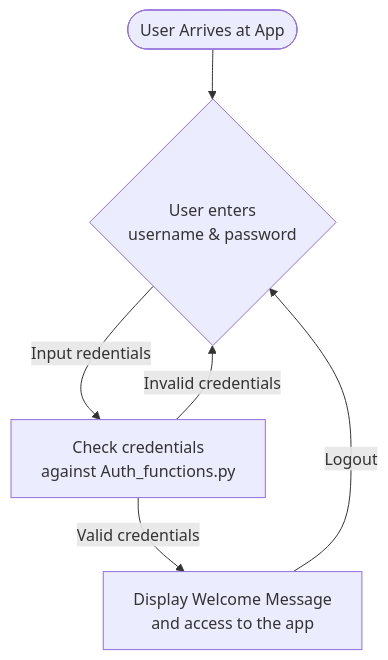
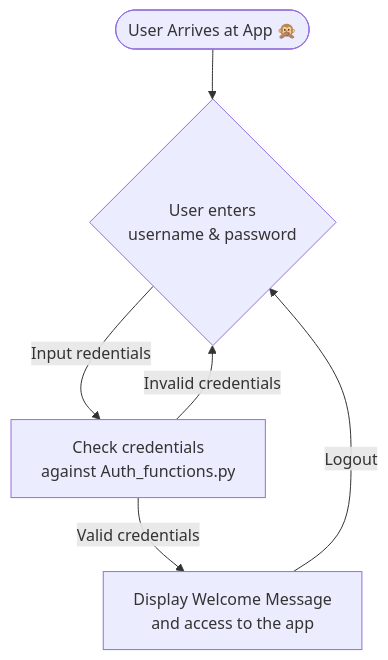
Before and after one commit to jlleongarcia/jlleongarcia: the first of 3 diagrams in content/blog/ai-helpers.md, drawn with Mermaid. The commit also changed other lines of this file and 2 other files, not shown here.

````diff
--- a/content/blog/ai-helpers.md
+++ b/content/blog/ai-helpers.md
@@ -126,11 +142,11 @@
 ```mermaid
 flowchart TD
-    Start([User Arrives at App]) --> LoginPrompt{User enters<br>username & password}
+    Start([User Arrives at App 🙊]) --> LoginPrompt{User enters<br>username & password}
     
     LoginPrompt -->|Input redentials| AuthCheck["Check credentials<br>against Auth_functions.py"]
 
     AuthCheck -->|Valid credentials| Welcome["Display Welcome Message<br>and access to the app"]
     AuthCheck -->|Invalid credentials| LoginPrompt
 
     Welcome -->|Logout| LoginPrompt
 ```
````
